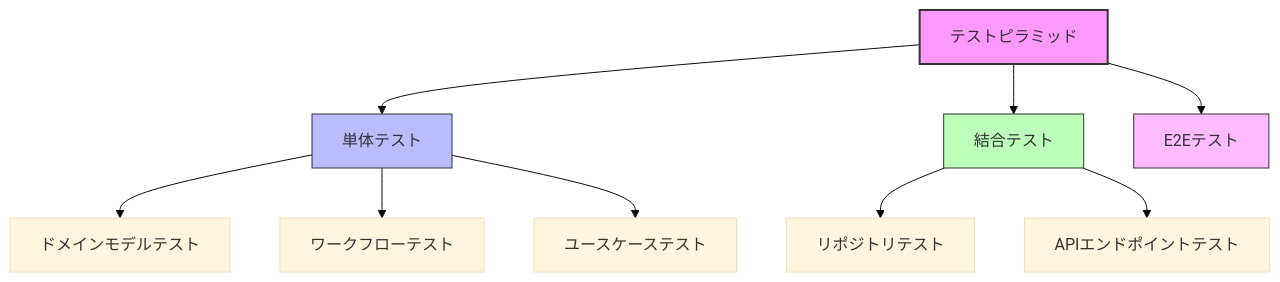
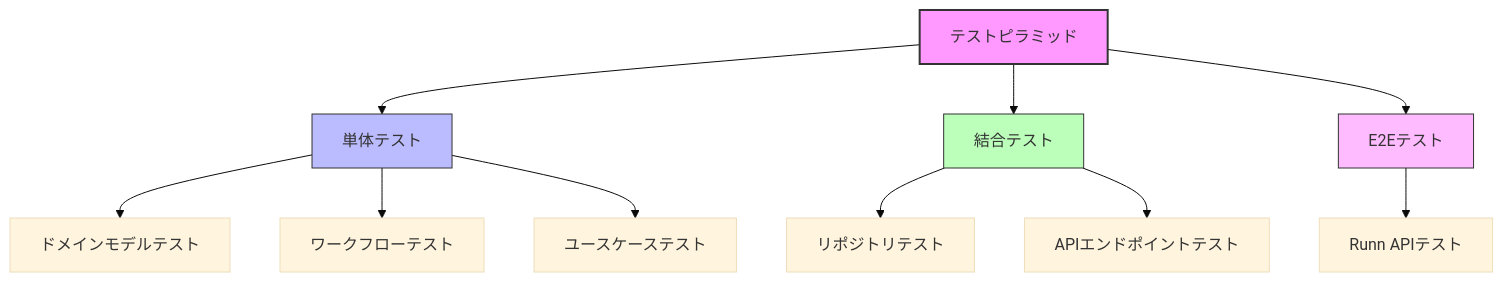
The fourth of 4 diagrams in README.md (char5742/ecsite-sample-spring), drawn with Mermaid (base theme) before and after one commit. The commit also changed other lines of this file and 20 other files, not shown here.

````diff
--- a/README.md
+++ b/README.md
@@ -172,18 +210,20 @@
 ```mermaid
 graph TD
     A[テストピラミッド] --> B[単体テスト]
     A --> C[結合テスト]
     A --> D[E2Eテスト]
     
     B --> B1[ドメインモデルテスト]
     B --> B2[ワークフローテスト]
     B --> B3[ユースケーステスト]
     
     C --> C1[リポジトリテスト]
     C --> C2[APIエンドポイントテスト]
     
+    D --> D1[Runn APIテスト]
+    
     style A fill:#f9f,stroke:#333,stroke-width:2px
     style B fill:#bbf,stroke:#333,stroke-width:1px
     style C fill:#bfb,stroke:#333,stroke-width:1px
     style D fill:#fbf,stroke:#333,stroke-width:1px
 ```
````
